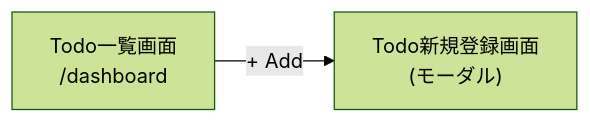
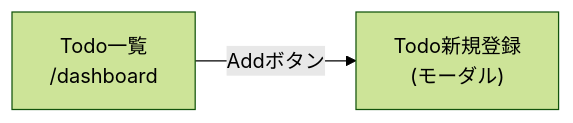
Before and after one commit to shimazakis0523/Nextjs-Sample: the diagram in specs/001-todo-dashboard/screen-flow.md, drawn with Mermaid (forest theme). The commit also changed other lines of this file and 8 other files, not shown here.

````diff
--- a/specs/001-todo-dashboard/screen-flow.md
+++ b/specs/001-todo-dashboard/screen-flow.md
@@ -11,7 +11,7 @@
 ```mermaid
 flowchart LR
-    todo-list["Todo一覧画面<br/>/dashboard"]
-    todo-new["Todo新規登録画面<br/>(モーダル)"]
+    todo-list["Todo一覧<br/>/dashboard"]
+    todo-new["Todo新規登録<br/>(モーダル)"]
 
-    todo-list -- "+ Add" --> todo-new
+    todo-list -- "Addボタン" --> todo-new
 ```
````
